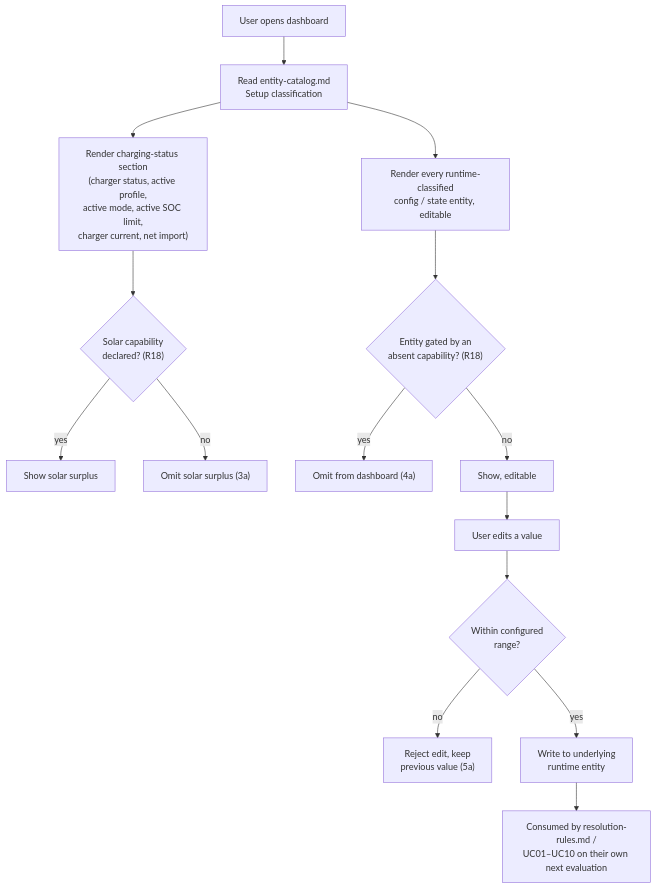
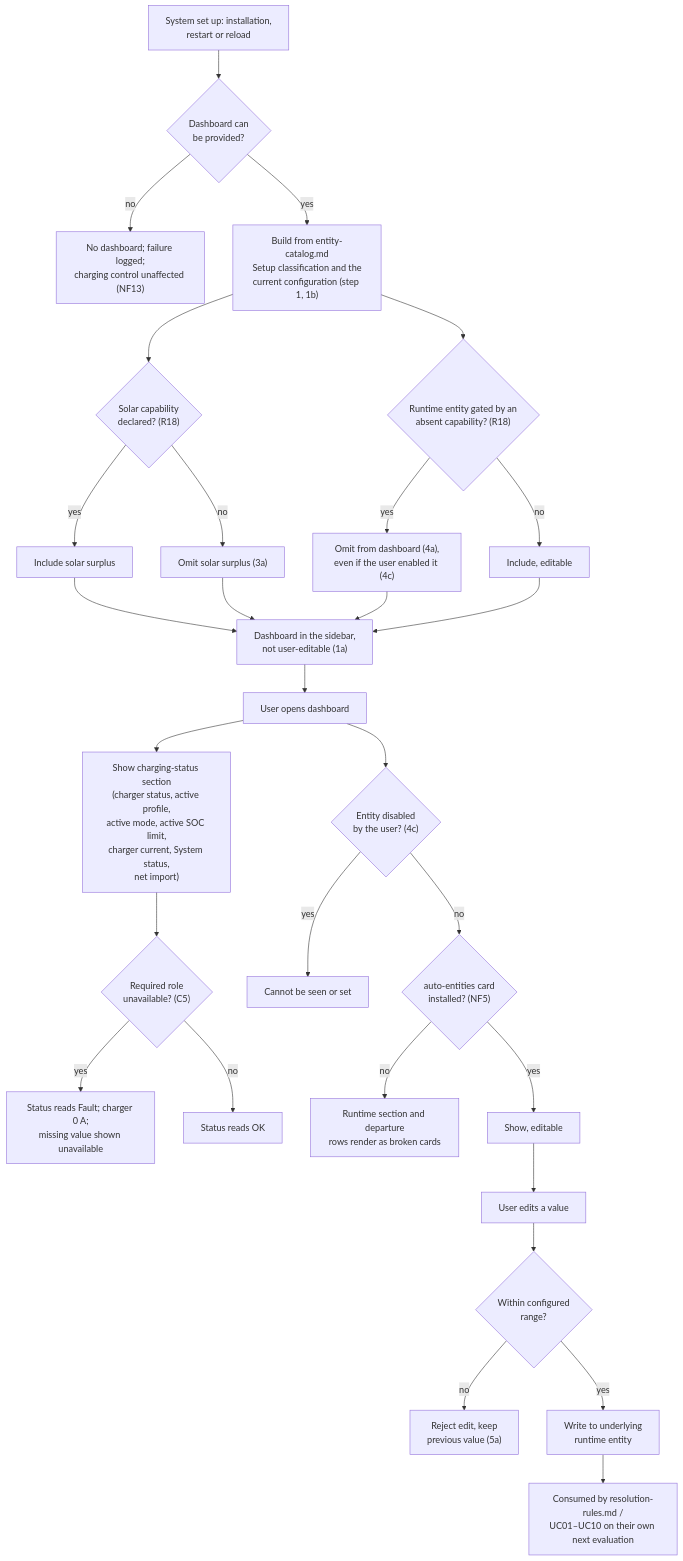
One commit to kristofdegrave/homeassistant-smart-charging changed the diagram in docs/analysis/use-cases/UC11-monitor-and-manage-charging-configuration.md. Above: the diagram before and after it, drawn with Mermaid. The commit also changed other lines of this file and 2 other files, not shown here.

First line of the commit message:
uc: UC11 — self-provisioned dashboard, Fault status, auto-entities precondition, user entity choice (#1351)

````diff
--- a/docs/analysis/use-cases/UC11-monitor-and-manage-charging-configuration.md
+++ b/docs/analysis/use-cases/UC11-monitor-and-manage-charging-configuration.md
@@ -141,17 +215,31 @@
 ```mermaid
 flowchart TD
-    Open["User opens dashboard"] --> Catalog["Read entity-catalog.md<br/>Setup classification"]
-    Catalog --> Status["Render charging-status section<br/>(charger status, active profile,<br/>active mode, active SOC limit,<br/>charger current, net import)"]
-    Status --> SolarFilter{"Solar capability<br/>declared? (R18)"}
-    SolarFilter -- yes --> Surplus["Show solar surplus"]
+    Setup["System set up: installation,<br/>restart or reload"] --> Build{"Dashboard can<br/>be provided?"}
+    Build -- no --> Absent["No dashboard; failure logged;<br/>charging control unaffected (NF13)"]
+    Build -- yes --> Catalog["Build from entity-catalog.md<br/>Setup classification and the<br/>current configuration (step 1, 1b)"]
+    Catalog --> SolarFilter{"Solar capability<br/>declared? (R18)"}
+    SolarFilter -- yes --> Surplus["Include solar surplus"]
     SolarFilter -- no --> OmitSurplus["Omit solar surplus (3a)"]
-    Catalog --> Runtime["Render every runtime-classified<br/>config / state entity, editable"]
-    Runtime --> Filter{"Entity gated by an<br/>absent capability? (R18)"}
-    Filter -- yes --> Omit["Omit from dashboard (4a)"]
-    Filter -- no --> Show["Show, editable"]
+    Catalog --> Filter{"Runtime entity gated by an<br/>absent capability? (R18)"}
+    Filter -- yes --> Omit["Omit from dashboard (4a),<br/>even if the user enabled it (4c)"]
+    Filter -- no --> Include["Include, editable"]
+    Surplus --> Provided["Dashboard in the sidebar,<br/>not user-editable (1a)"]
+    OmitSurplus --> Provided
+    Omit --> Provided
+    Include --> Provided
+    Provided --> Open["User opens dashboard"]
+    Open --> Status["Show charging-status section<br/>(charger status, active profile,<br/>active mode, active SOC limit,<br/>charger current, System status,<br/>net import)"]
+    Status --> Fault{"Required role<br/>unavailable? (C5)"}
+    Fault -- yes --> ShowFault["Status reads Fault; charger 0 A;<br/>missing value shown unavailable"]
+    Fault -- no --> ShowOk["Status reads OK"]
+    Open --> Disabled{"Entity disabled<br/>by the user? (4c)"}
+    Disabled -- yes --> NoValue["Cannot be seen or set"]
+    Disabled -- no --> Card{"auto-entities card<br/>installed? (NF5)"}
+    Card -- no --> Broken["Runtime section and departure<br/>rows render as broken cards"]
+    Card -- yes --> Show["Show, editable"]
     Show --> Edit["User edits a value"]
     Edit --> Validate{"Within configured<br/>range?"}
     Validate -- no --> Reject["Reject edit, keep<br/>previous value (5a)"]
     Validate -- yes --> Write["Write to underlying<br/>runtime entity"]
     Write --> Downstream["Consumed by resolution-rules.md /<br/>UC01–UC10 on their own next evaluation"]
 ```
````
